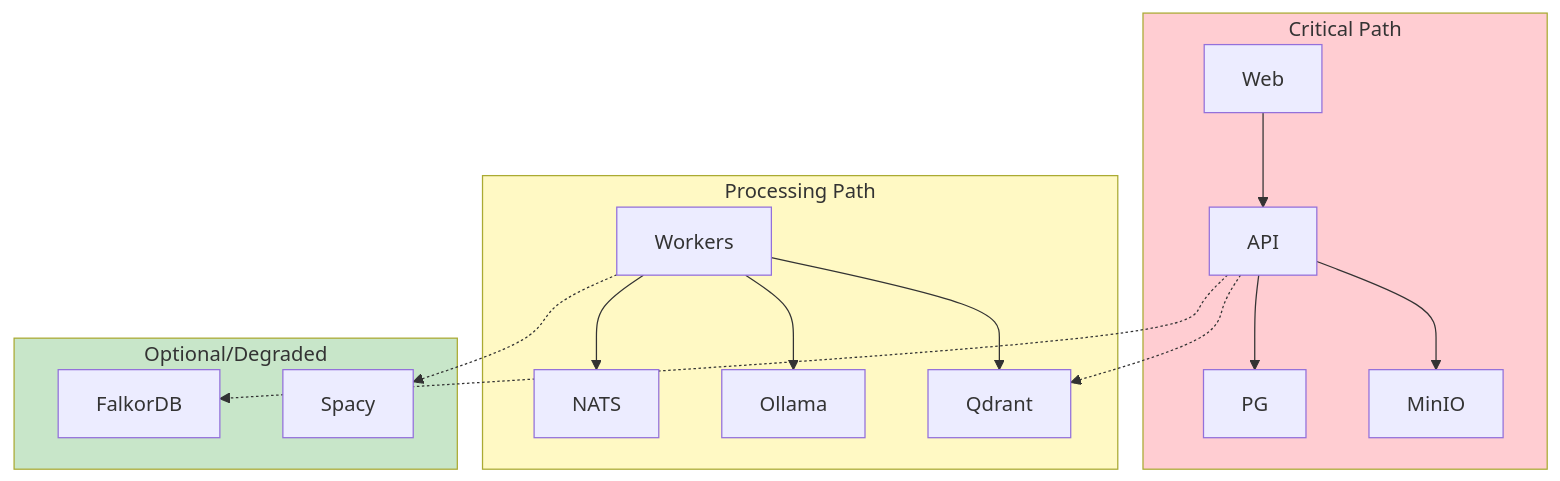
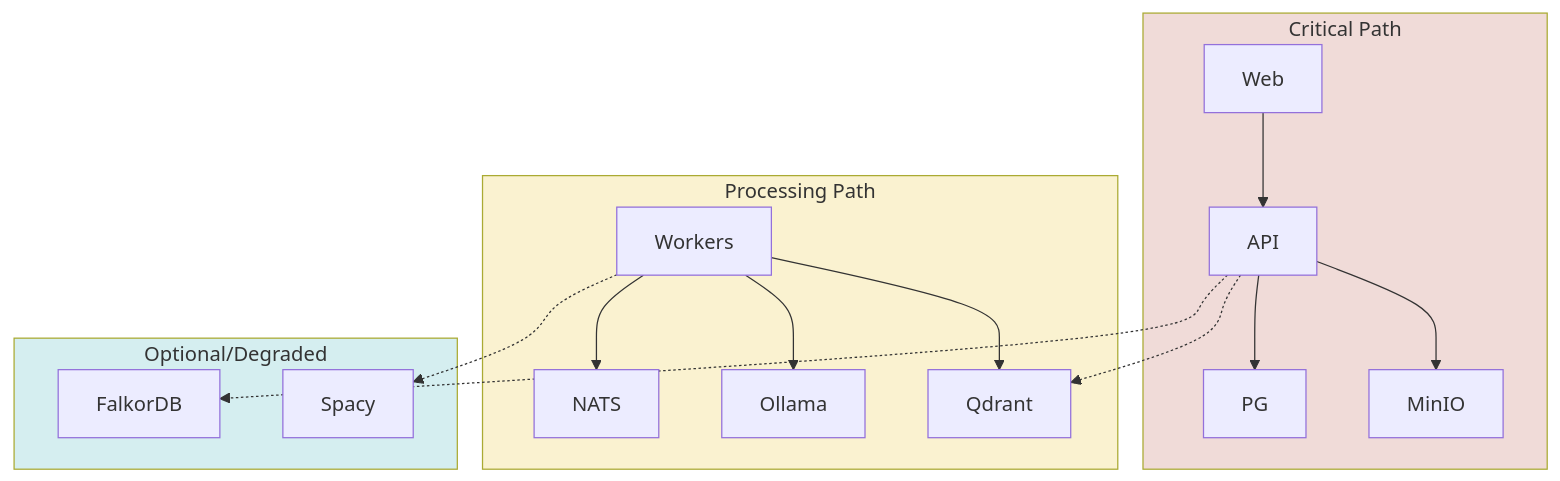
The fourth of 4 diagrams in src/content/diagrams/microservices-communication.md (viktorrobin/bluerobin-blog), drawn with Mermaid before and after one commit. The commit also changed other lines of this file and 25 other files, not shown here.

````diff
--- a/src/content/diagrams/microservices-communication.md
+++ b/src/content/diagrams/microservices-communication.md
@@ -170,24 +170,24 @@
 ```mermaid
 graph TD
     subgraph Critical["Critical Path"]
         API --> PG
         API --> MinIO
         Web --> API
     end
 
     subgraph Processing["Processing Path"]
         Workers --> NATS
         Workers --> Ollama
         Workers --> Qdrant
     end
 
     subgraph Optional["Optional/Degraded"]
         API -.-> FalkorDB
         API -.-> Qdrant
         Workers -.-> Spacy
     end
 
-    style Critical fill:#ffcdd2
-    style Processing fill:#fff9c4
-    style Optional fill:#c8e6c9
+    style Critical fill:#f0dbd8
+    style Processing fill:#faf2d0
+    style Optional fill:#d5eef0
 ```
````
